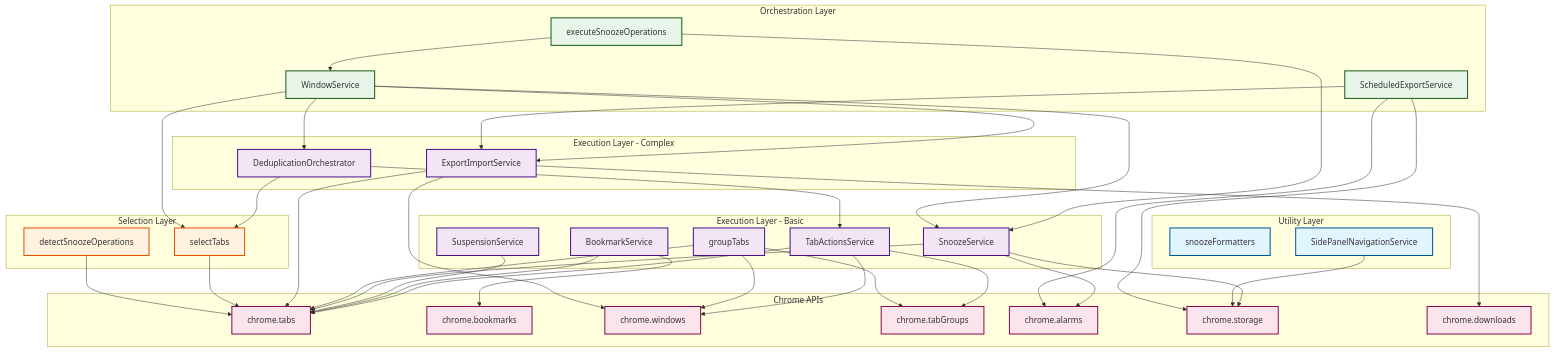
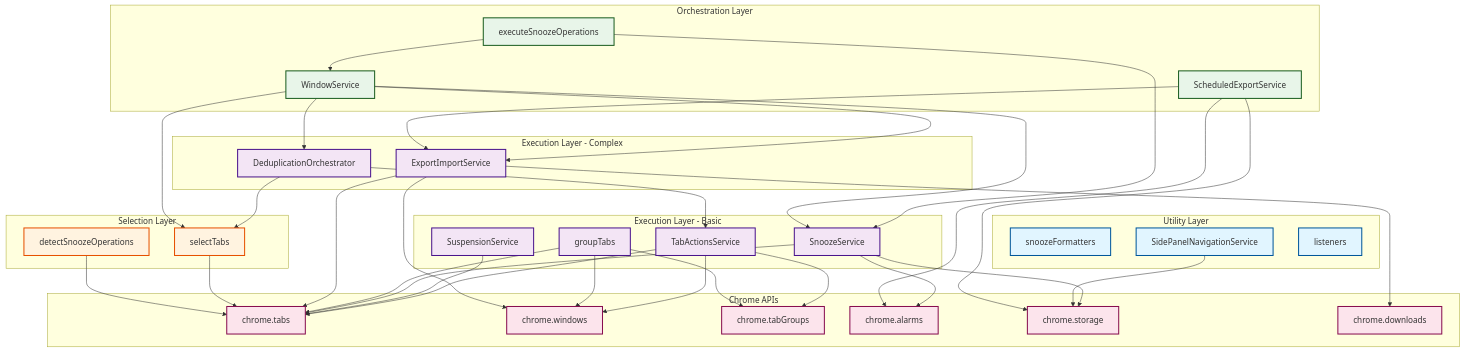
Before and after one commit to lenulus/tabtasktick: the first of 2 diagrams in docs/service-dependencies.md, drawn with Mermaid. The commit also changed other lines of this file and 1 other file, not shown here.

First line of the commit message:
docs: Update service documentation to reflect current architecture

````diff
--- a/docs/service-dependencies.md
+++ b/docs/service-dependencies.md
@@ -20,7 +20,6 @@
 graph TB
     subgraph "Chrome APIs"
         TABS[chrome.tabs]
-        BOOKMARKS[chrome.bookmarks]
         WINDOWS[chrome.windows]
         GROUPS[chrome.tabGroups]
         ALARMS[chrome.alarms]
@@ -31,6 +30,7 @@
     subgraph "Utility Layer"
         FORMATTERS[snoozeFormatters]
         SIDEPANELNAV[SidePanelNavigationService]
+        LISTENERS[listeners]
     end
 
     subgraph "Selection Layer"
@@ -40,7 +40,6 @@
 
     subgraph "Execution Layer - Basic"
         TABACTIONS[TabActionsService]
-        BOOKMARK[BookmarkService]
         SUSPEND[SuspensionService]
         SNOOZE[SnoozeService]
         GROUP[groupTabs]
@@ -61,8 +60,6 @@
     TABACTIONS --> TABS
     TABACTIONS --> GROUPS
     TABACTIONS --> WINDOWS
-    BOOKMARK --> BOOKMARKS
-    BOOKMARK --> TABS
     SUSPEND --> TABS
     SNOOZE --> TABS
     SNOOZE --> STORAGE
@@ -101,9 +98,9 @@
     classDef orchLayer fill:#e8f5e9,stroke:#1b5e20,stroke-width:2px
     classDef chromeApi fill:#fce4ec,stroke:#880e4f,stroke-width:2px
 
-    class FORMATTERS,SIDEPANELNAV utilLayer
+    class FORMATTERS,SIDEPANELNAV,LISTENERS utilLayer
     class SELECT,DETECT selectLayer
-    class TABACTIONS,BOOKMARK,SUSPEND,SNOOZE,GROUP,EXPORT,DEDUP execLayer
+    class TABACTIONS,SUSPEND,SNOOZE,GROUP,EXPORT,DEDUP execLayer
     class EXECSNOOZE,WINDOW,SCHEDULED orchLayer
-    class TABS,BOOKMARKS,WINDOWS,GROUPS,ALARMS,STORAGE,DOWNLOADS chromeApi
+    class TABS,WINDOWS,GROUPS,ALARMS,STORAGE,DOWNLOADS chromeApi
 ```
````
